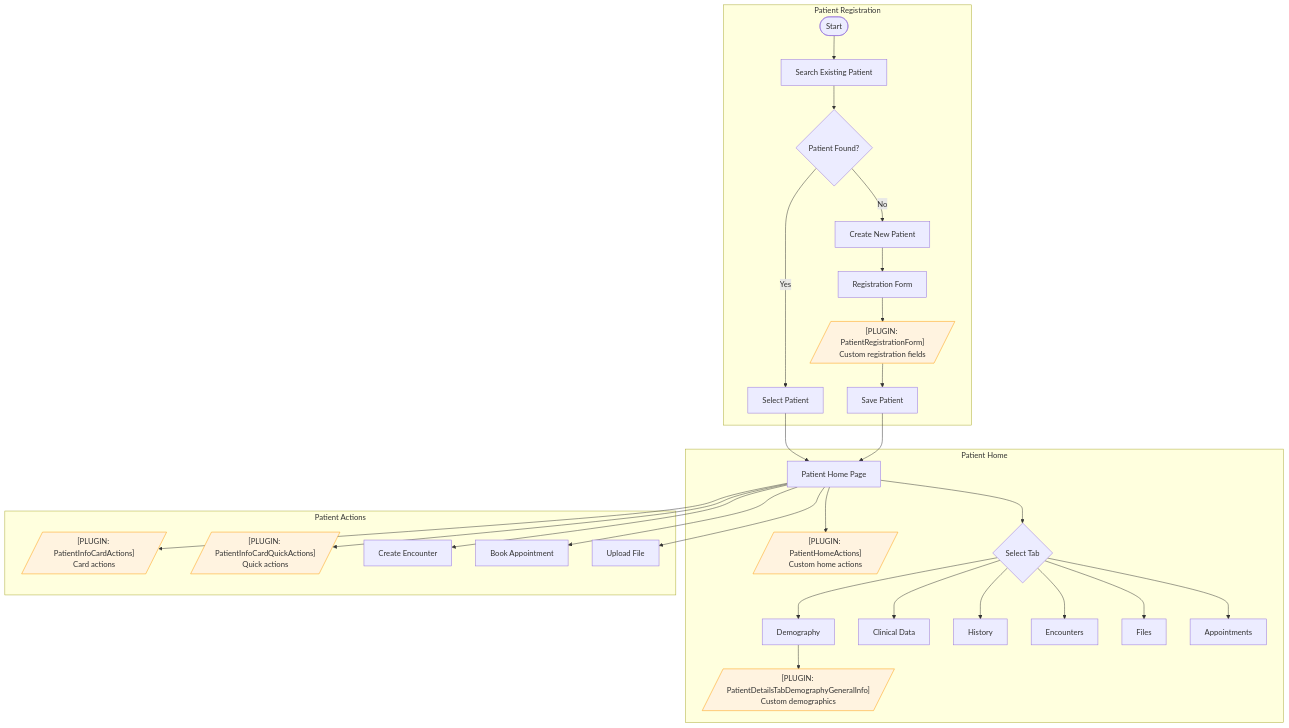
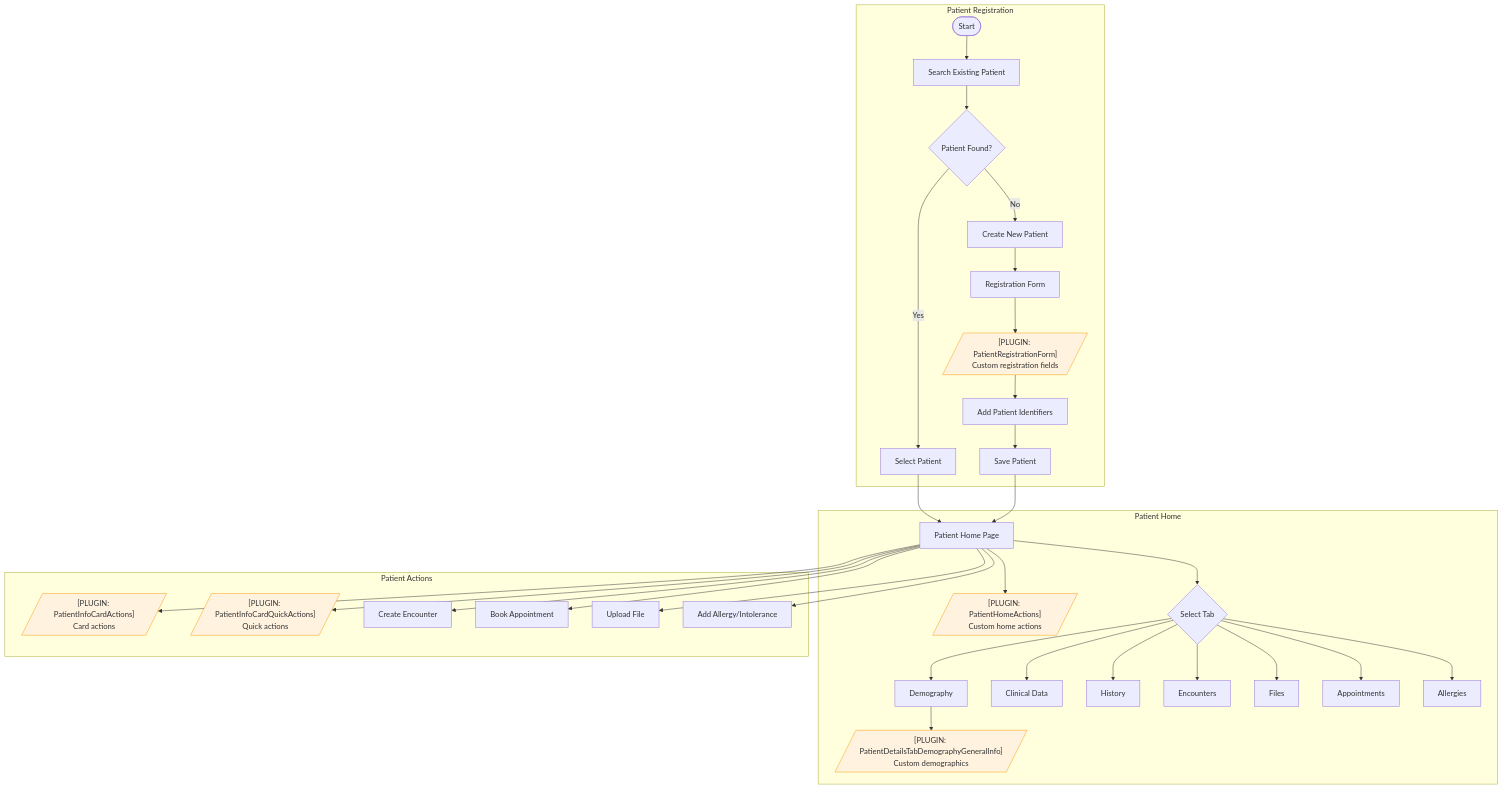
One commit to jagankumar-egov/care_fe changed the fourth of 23 diagrams in flowdiagram.md. Above: the diagram before and after it, drawn with Mermaid. The commit also changed other lines of this file and 2 other files, not shown here.

Commit message:
updated flow

````diff
--- a/flowdiagram.md
+++ b/flowdiagram.md
@@ -118,41 +143,44 @@
 ```mermaid
 flowchart TD
     subgraph Registration["Patient Registration"]
         Start([Start]) --> Search[Search Existing Patient]
         Search --> Found{Patient Found?}
         Found -->|Yes| SelectPatient[Select Patient]
         Found -->|No| CreateNew[Create New Patient]
         CreateNew --> RegForm[Registration Form]
         RegForm --> PLUGIN_REG[/"[PLUGIN: PatientRegistrationForm]<br/>Custom registration fields"/]
-        PLUGIN_REG --> SavePatient[Save Patient]
+        PLUGIN_REG --> Identifiers[Add Patient Identifiers]
+        Identifiers --> SavePatient[Save Patient]
     end
 
     subgraph PatientHome["Patient Home"]
         SelectPatient --> PH[Patient Home Page]
         SavePatient --> PH
         PH --> PLUGIN_PHA[/"[PLUGIN: PatientHomeActions]<br/>Custom home actions"/]
         PH --> Tabs{Select Tab}
         Tabs --> Demo[Demography]
         Tabs --> Clinical[Clinical Data]
         Tabs --> History[History]
         Tabs --> Encounters[Encounters]
         Tabs --> Files[Files]
         Tabs --> Appointments[Appointments]
+        Tabs --> Allergies[Allergies]
 
         Demo --> PLUGIN_DEMO[/"[PLUGIN: PatientDetailsTabDemographyGeneralInfo]<br/>Custom demographics"/]
     end
 
     subgraph Actions["Patient Actions"]
         PH --> PLUGIN_CARD[/"[PLUGIN: PatientInfoCardActions]<br/>Card actions"/]
         PH --> PLUGIN_QUICK[/"[PLUGIN: PatientInfoCardQuickActions]<br/>Quick actions"/]
         PH --> NewEncounter[Create Encounter]
         PH --> BookAppt[Book Appointment]
         PH --> UploadFile[Upload File]
+        PH --> AddAllergy[Add Allergy/Intolerance]
     end
 
     style PLUGIN_REG fill:#fff3e0,stroke:#ff9800
     style PLUGIN_PHA fill:#fff3e0,stroke:#ff9800
     style PLUGIN_DEMO fill:#fff3e0,stroke:#ff9800
     style PLUGIN_CARD fill:#fff3e0,stroke:#ff9800
     style PLUGIN_QUICK fill:#fff3e0,stroke:#ff9800
 ```
````
